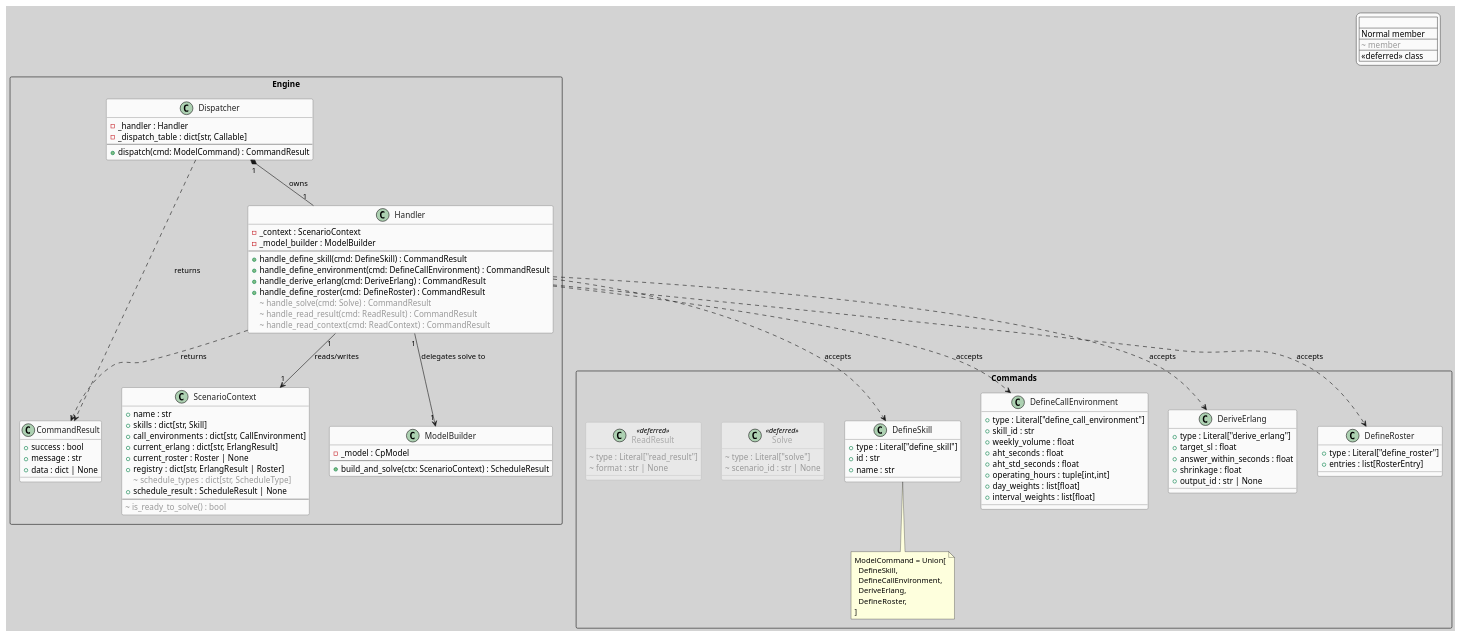
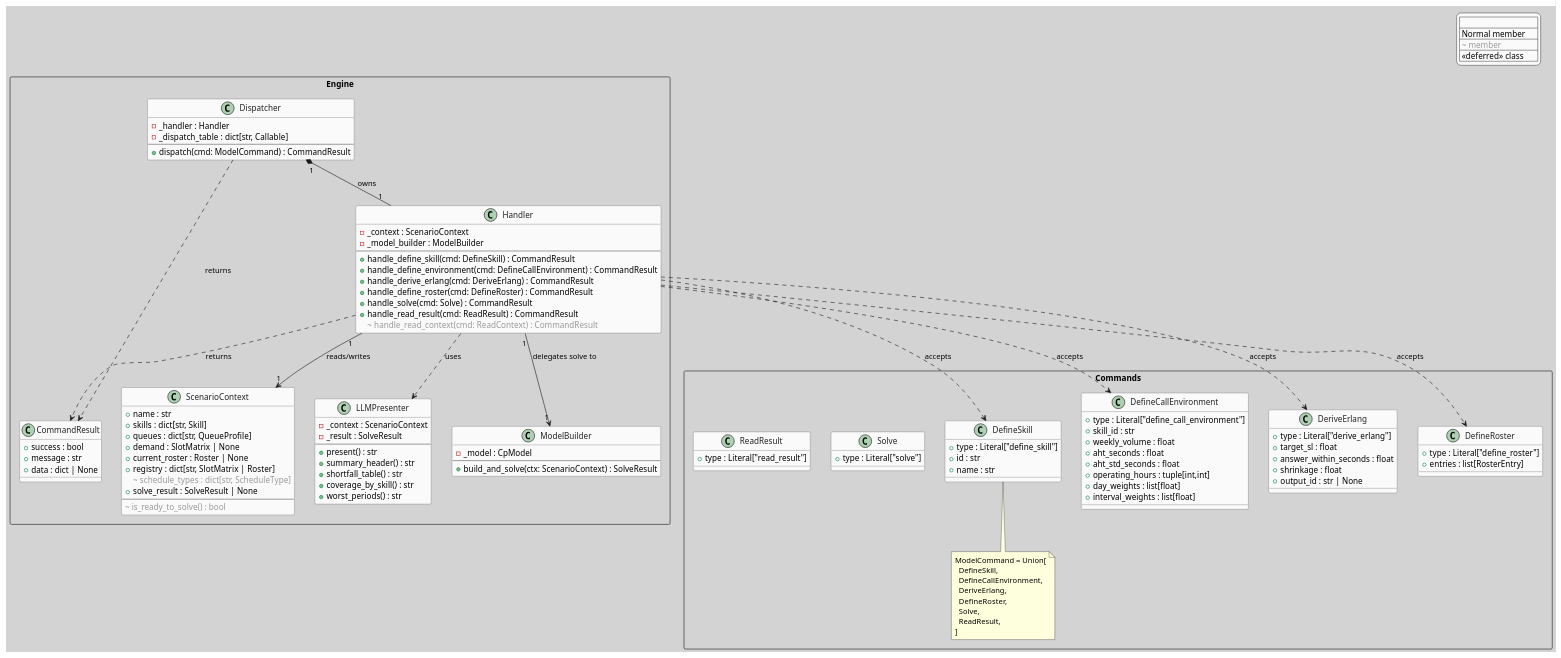
Before and after one commit to neon-tetra/schedule-architect: the diagram in docs/uml/engine_classes.puml, drawn with PlantUML. The commit also changed 19 other files, not shown here.

Commit message:
Refactor domain to QueueProfile/SlotMatrix and wire solve result presenter

```diff
--- a/docs/uml/engine_classes.puml
+++ b/docs/uml/engine_classes.puml
@@ -1,149 +1,152 @@
 @startuml engine_classes
 
 skinparam backgroundColor #D3D3D3
 skinparam defaultFontName Segoe UI
 
 skinparam class {
     BackgroundColor #FAFAFA
     BorderColor #555555
     FontColor #222222
     BackgroundColor<<deferred>> #E8E8E8
     BorderColor<<deferred>> #AAAAAA
     FontColor<<deferred>> #AAAAAA
     BorderStyle<<deferred>> dashed
 }
 
 skinparam legend {
     BackgroundColor #FAFAFA
     BorderColor #555555
 }
 
 legend top right
   <#FAFAFA,#555555>|                         |
   | Normal member      | Implemented          |
   | <color:#999999>~ member</color>  | Deferred / future    |
   | <<deferred>> class | Placeholder only     |
 endlegend
 
-' ─────────────────────────────────────────
-' PACKAGE: Commands
-' ─────────────────────────────────────────
 package "Commands" <<Rectangle>> {
 
     class DefineSkill {
         + type : Literal["define_skill"]
         + id : str
         + name : str
     }
 
     class DefineCallEnvironment {
         + type : Literal["define_call_environment"]
         + skill_id : str
         + weekly_volume : float
         + aht_seconds : float
         + aht_std_seconds : float
         + operating_hours : tuple[int,int]
         + day_weights : list[float]
         + interval_weights : list[float]
     }
 
     class DeriveErlang {
         + type : Literal["derive_erlang"]
         + target_sl : float
         + answer_within_seconds : float
         + shrinkage : float
         + output_id : str | None
     }
 
     class DefineRoster {
         + type : Literal["define_roster"]
         + entries : list[RosterEntry]
     }
 
-    class Solve <<deferred>> {
-        <color:#999999>~ type : Literal["solve"]</color>
-        <color:#999999>~ scenario_id : str | None</color>
+    class Solve {
+        + type : Literal["solve"]
     }
 
-    class ReadResult <<deferred>> {
-        <color:#999999>~ type : Literal["read_result"]</color>
-        <color:#999999>~ format : str | None</color>
+    class ReadResult {
+        + type : Literal["read_result"]
     }
 
     note bottom of DefineSkill
         ModelCommand = Union[
           DefineSkill,
           DefineCallEnvironment,
           DeriveErlang,
           DefineRoster,
+          Solve,
+          ReadResult,
         ]
     end note
 
 }
 
-' ─────────────────────────────────────────
-' PACKAGE: Engine
-' ─────────────────────────────────────────
 package "Engine" <<Rectangle>> {
 
     class CommandResult {
         + success : bool
         + message : str
         + data : dict | None
     }
 
     class ScenarioContext {
         + name : str
         + skills : dict[str, Skill]
-        + call_environments : dict[str, CallEnvironment]
-        + current_erlang : dict[str, ErlangResult]
+        + queues : dict[str, QueueProfile]
+        + demand : SlotMatrix | None
         + current_roster : Roster | None
-        + registry : dict[str, ErlangResult | Roster]
+        + registry : dict[str, SlotMatrix | Roster]
         <color:#999999>~ schedule_types : dict[str, ScheduleType]</color>
-        + schedule_result : ScheduleResult | None
+        + solve_result : SolveResult | None
         --
         <color:#999999>~ is_ready_to_solve() : bool</color>
     }
 
     class Dispatcher {
         - _handler : Handler
         - _dispatch_table : dict[str, Callable]
         --
         + dispatch(cmd: ModelCommand) : CommandResult
     }
 
     class Handler {
         - _context : ScenarioContext
         - _model_builder : ModelBuilder
         --
         + handle_define_skill(cmd: DefineSkill) : CommandResult
         + handle_define_environment(cmd: DefineCallEnvironment) : CommandResult
         + handle_derive_erlang(cmd: DeriveErlang) : CommandResult
         + handle_define_roster(cmd: DefineRoster) : CommandResult
-        <color:#999999>~ handle_solve(cmd: Solve) : CommandResult</color>
-        <color:#999999>~ handle_read_result(cmd: ReadResult) : CommandResult</color>
+        + handle_solve(cmd: Solve) : CommandResult
+        + handle_read_result(cmd: ReadResult) : CommandResult
         <color:#999999>~ handle_read_context(cmd: ReadContext) : CommandResult</color>
     }
 
-	class ModelBuilder {
-		- _model : CpModel
-		--
-		+ build_and_solve(ctx: ScenarioContext) : ScheduleResult
-	}
+    class LLMPresenter {
+        - _context : ScenarioContext
+        - _result : SolveResult
+        --
+        + present() : str
+        + summary_header() : str
+        + shortfall_table() : str
+        + coverage_by_skill() : str
+        + worst_periods() : str
+    }
+
+    class ModelBuilder {
+        - _model : CpModel
+        --
+        + build_and_solve(ctx: ScenarioContext) : SolveResult
+    }
 
 }
 
-' ─────────────────────────────────────────
-' RELATIONSHIPS
-' ─────────────────────────────────────────
 Dispatcher "1" *-- "1" Handler : owns
 Handler "1" --> "1" ScenarioContext : reads/writes
 Handler "1" --> "1" ModelBuilder : delegates solve to
 Dispatcher ..> CommandResult : returns
 Handler ..> CommandResult : returns
 Handler ..> DefineSkill : accepts
 Handler ..> DefineCallEnvironment : accepts
 Handler ..> DeriveErlang : accepts
 Handler ..> DefineRoster : accepts
+Handler ..> LLMPresenter : uses
 
 @enduml
```
